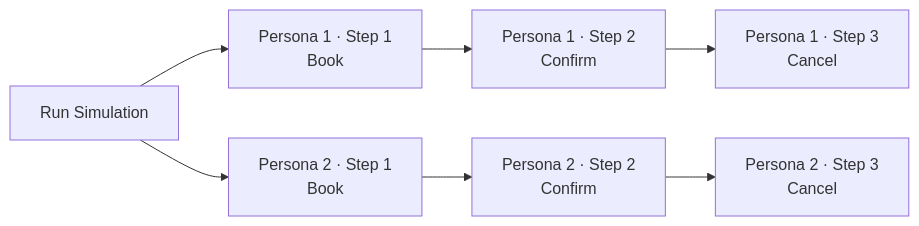
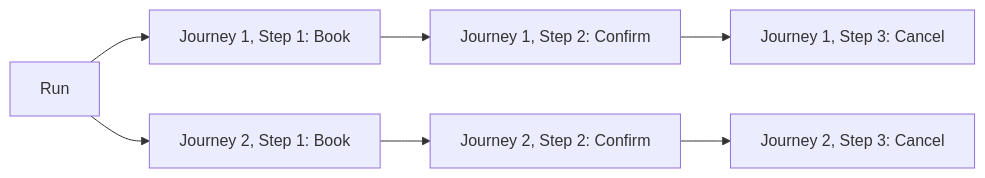
One commit to bluejay-ai-dev/docs changed the diagram in test/simulations/customer-journeys.mdx. Above: the diagram before and after it, drawn with Mermaid. The commit also changed other lines of this file and 25 other files, not shown here.

````diff
--- a/test/simulations/customer-journeys.mdx
+++ b/test/simulations/customer-journeys.mdx
@@ -92,9 +41,9 @@
 ```mermaid
 flowchart LR
-    Q["Run Simulation"] --> P1["Persona 1 · Step 1<br/>Book"]
-    Q --> P2["Persona 2 · Step 1<br/>Book"]
-    P1 --> P1b["Persona 1 · Step 2<br/>Confirm"]
-    P1b --> P1c["Persona 1 · Step 3<br/>Cancel"]
-    P2 --> P2b["Persona 2 · Step 2<br/>Confirm"]
-    P2b --> P2c["Persona 2 · Step 3<br/>Cancel"]
+    Q["Run"] --> P1["Journey 1, Step 1: Book"]
+    Q --> P2["Journey 2, Step 1: Book"]
+    P1 --> P1b["Journey 1, Step 2: Confirm"]
+    P1b --> P1c["Journey 1, Step 3: Cancel"]
+    P2 --> P2b["Journey 2, Step 2: Confirm"]
+    P2b --> P2c["Journey 2, Step 3: Cancel"]
 ```
````
